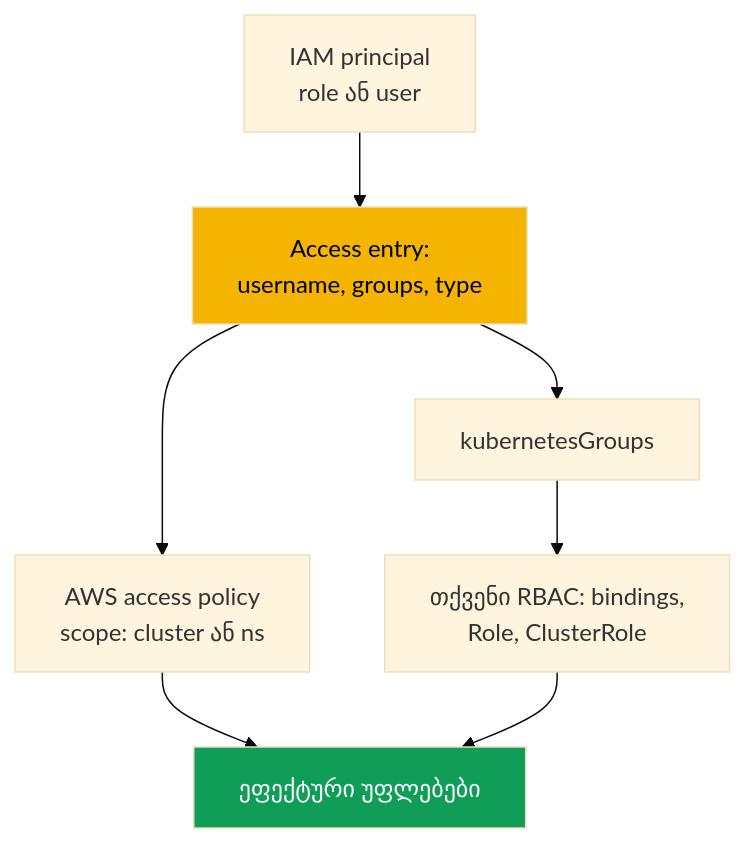
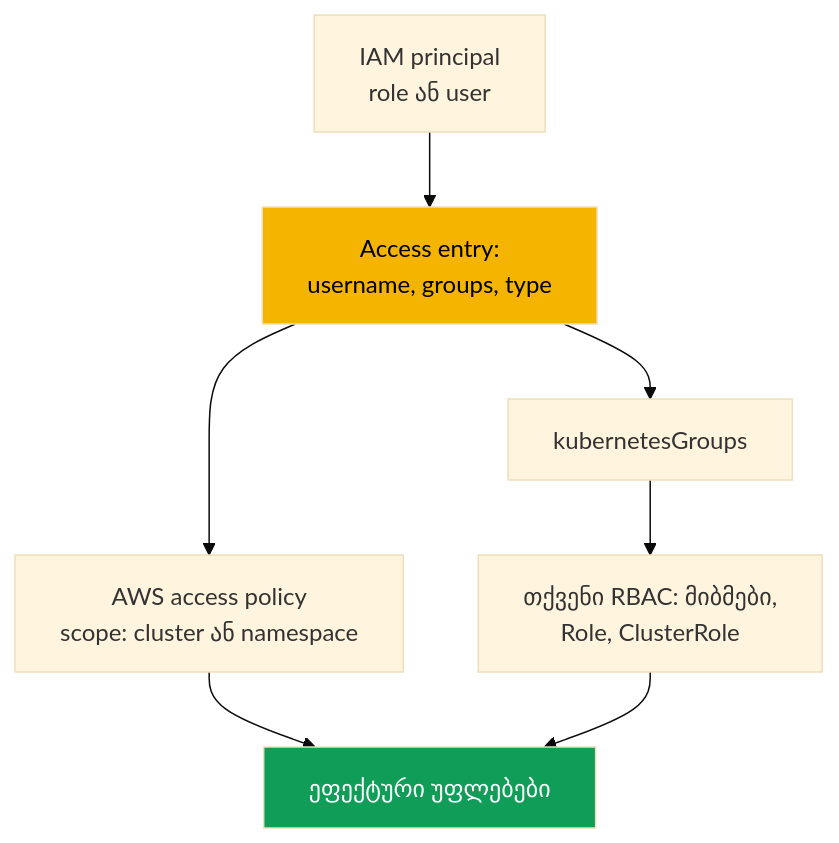
One commit to ViktorUJ/cks changed the second of 2 diagrams in tasks/eks/course/05/ge.md. Above: the diagram before and after it, drawn with Mermaid (base theme). The commit also changed other lines of this file and 534 other files, not shown here.

````diff
--- a/tasks/eks/course/05/ge.md
+++ b/tasks/eks/course/05/ge.md
@@ -87,14 +87,14 @@
 ```mermaid
 flowchart TB
     p["IAM principal<br/>role ან user"]
     ae["Access entry:<br/>username, groups, type"]
-    ap["AWS access policy<br/>scope: cluster ან ns"]
+    ap["AWS access policy<br/>scope: cluster ან namespace"]
     grp["kubernetesGroups"]
-    rb["თქვენი RBAC: bindings,<br/>Role, ClusterRole"]
+    rb["თქვენი RBAC: მიბმები,<br/>Role, ClusterRole"]
     perm["ეფექტური უფლებები"]
     p --> ae
     ae --> ap --> perm
     ae --> grp --> rb --> perm
     style ae fill:#f4b400,color:#000
     style perm fill:#0f9d58,color:#fff
 ```
````
